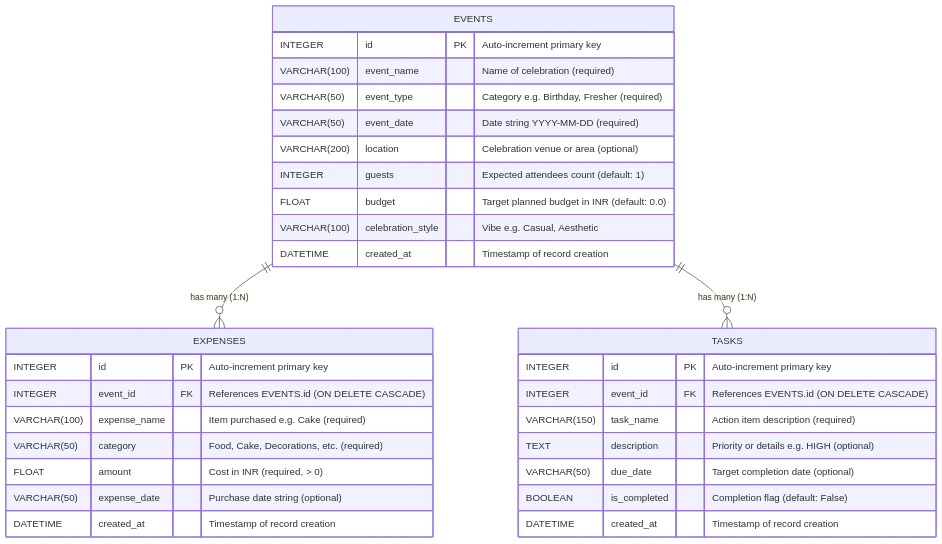
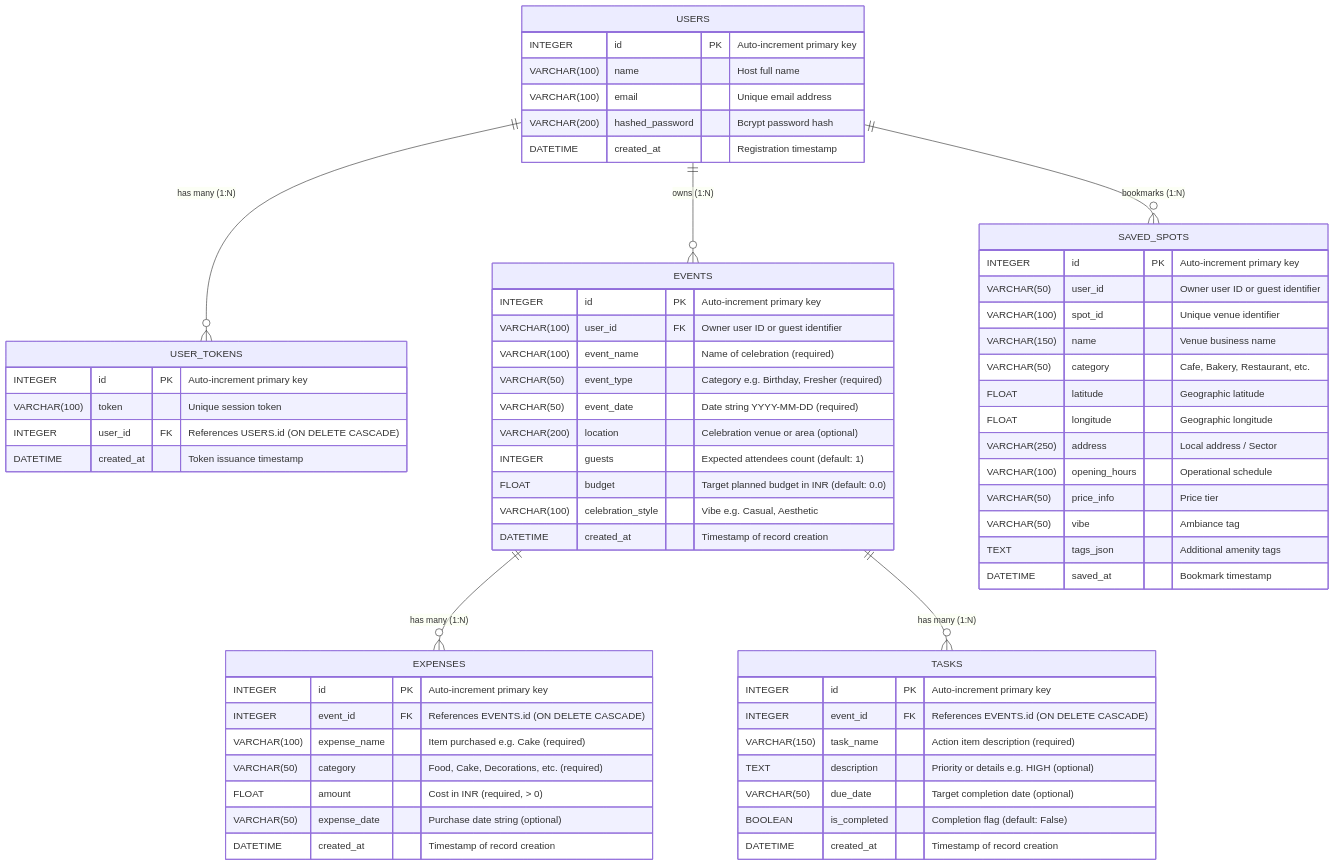
One commit to IshitaSem/PlanzyPop changed the diagram in docs/DATABASE_DESIGN.md. Above: the diagram before and after it, drawn with Mermaid. The commit also changed other lines of this file and 58 other files, not shown here.

````diff
--- a/docs/DATABASE_DESIGN.md
+++ b/docs/DATABASE_DESIGN.md
@@ -22,37 +22,72 @@
 ```mermaid
 erDiagram
+    USERS ||--o{ USER_TOKENS : "has many (1:N)"
+    USERS ||--o{ EVENTS : "owns (1:N)"
+    USERS ||--o{ SAVED_SPOTS : "bookmarks (1:N)"
     EVENTS ||--o{ EXPENSES : "has many (1:N)"
     EVENTS ||--o{ TASKS : "has many (1:N)"
 
+    USERS {
+        INTEGER id PK "Auto-increment primary key"
+        VARCHAR(100) name "Host full name"
+        VARCHAR(100) email "Unique email address"
+        VARCHAR(200) hashed_password "Bcrypt password hash"
+        DATETIME created_at "Registration timestamp"
+    }
+
+    USER_TOKENS {
+        INTEGER id PK "Auto-increment primary key"
+        VARCHAR(100) token "Unique session token"
+        INTEGER user_id FK "References USERS.id (ON DELETE CASCADE)"
+        DATETIME created_at "Token issuance timestamp"
+    }
+
     EVENTS {
         INTEGER id PK "Auto-increment primary key"
+        VARCHAR(100) user_id FK "Owner user ID or guest identifier"
         VARCHAR(100) event_name "Name of celebration (required)"
         VARCHAR(50) event_type "Category e.g. Birthday, Fresher (required)"
         VARCHAR(50) event_date "Date string YYYY-MM-DD (required)"
         VARCHAR(200) location "Celebration venue or area (optional)"
         INTEGER guests "Expected attendees count (default: 1)"
         FLOAT budget "Target planned budget in INR (default: 0.0)"
         VARCHAR(100) celebration_style "Vibe e.g. Casual, Aesthetic"
         DATETIME created_at "Timestamp of record creation"
     }
 
     EXPENSES {
         INTEGER id PK "Auto-increment primary key"
         INTEGER event_id FK "References EVENTS.id (ON DELETE CASCADE)"
         VARCHAR(100) expense_name "Item purchased e.g. Cake (required)"
         VARCHAR(50) category "Food, Cake, Decorations, etc. (required)"
         FLOAT amount "Cost in INR (required, > 0)"
         VARCHAR(50) expense_date "Purchase date string (optional)"
         DATETIME created_at "Timestamp of record creation"
     }
 
     TASKS {
         INTEGER id PK "Auto-increment primary key"
         INTEGER event_id FK "References EVENTS.id (ON DELETE CASCADE)"
         VARCHAR(150) task_name "Action item description (required)"
         TEXT description "Priority or details e.g. HIGH (optional)"
         VARCHAR(50) due_date "Target completion date (optional)"
         BOOLEAN is_completed "Completion flag (default: False)"
         DATETIME created_at "Timestamp of record creation"
     }
+
+    SAVED_SPOTS {
+        INTEGER id PK "Auto-increment primary key"
+        VARCHAR(50) user_id "Owner user ID or guest identifier"
+        VARCHAR(100) spot_id "Unique venue identifier"
+        VARCHAR(150) name "Venue business name"
+        VARCHAR(50) category "Cafe, Bakery, Restaurant, etc."
+        FLOAT latitude "Geographic latitude"
+        FLOAT longitude "Geographic longitude"
+        VARCHAR(250) address "Local address / Sector"
+        VARCHAR(100) opening_hours "Operational schedule"
+        VARCHAR(50) price_info "Price tier"
+        VARCHAR(50) vibe "Ambiance tag"
+        TEXT tags_json "Additional amenity tags"
+        DATETIME saved_at "Bookmark timestamp"
+    }
 ```
````
